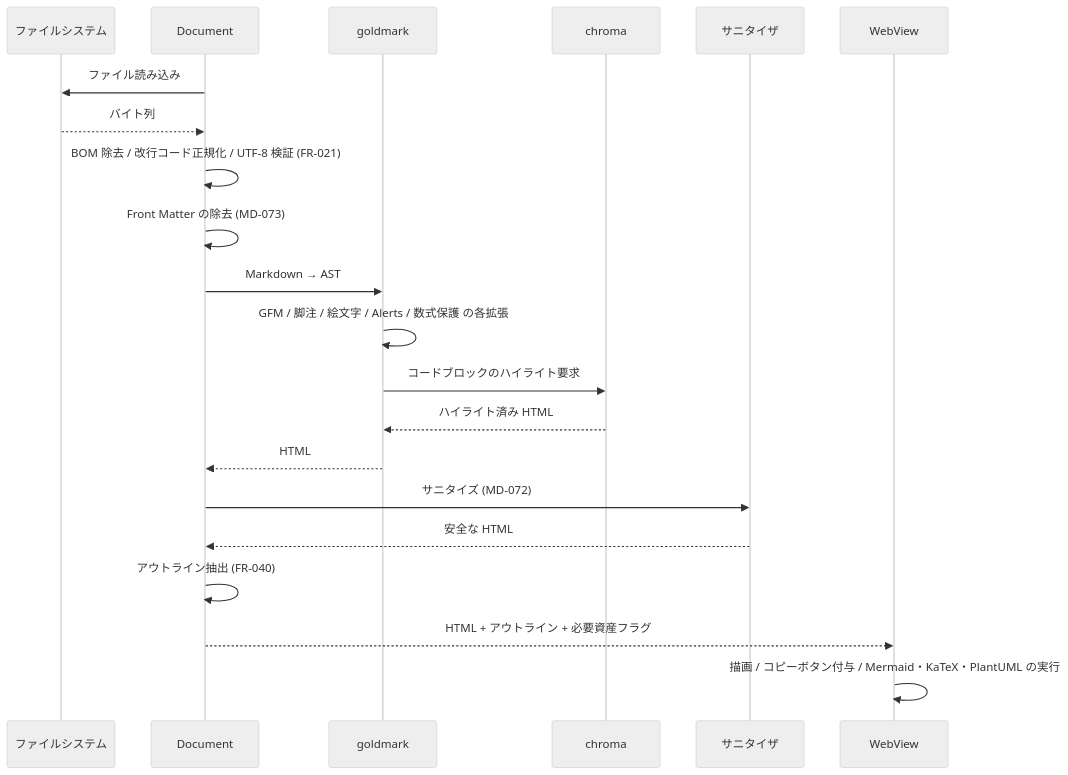
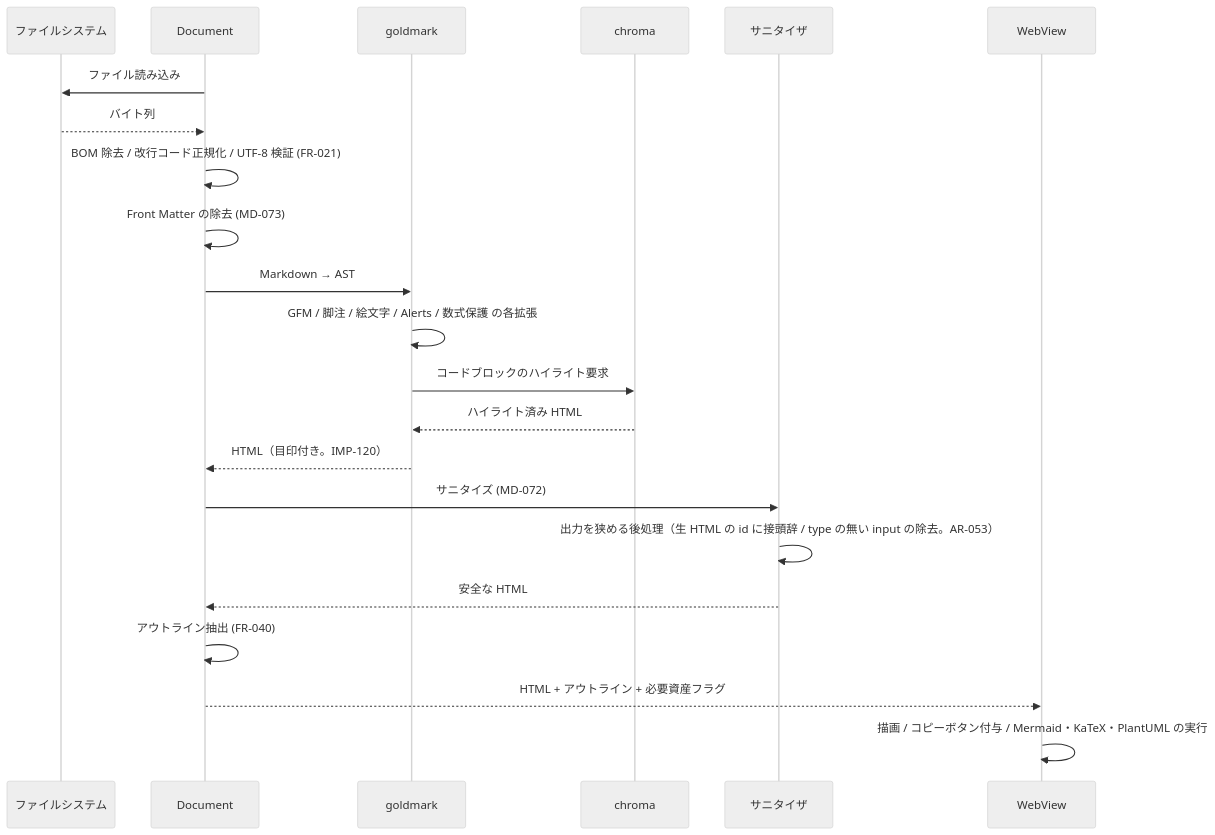
Before and after one commit to kznagamori/go_MarkView: the second of 3 diagrams in docs/specs/05-architecture.md, drawn with Mermaid (neutral theme). The commit also changed other lines of this file and 25 other files, not shown here.

````diff
--- a/docs/specs/05-architecture.md
+++ b/docs/specs/05-architecture.md
@@ -210,24 +220,25 @@
 ```mermaid
 sequenceDiagram
     participant FS as ファイルシステム
     participant DOC as Document
     participant GM as goldmark
     participant CH as chroma
     participant SAN as サニタイザ
     participant FE as WebView
 
     DOC->>FS: ファイル読み込み
     FS-->>DOC: バイト列
     DOC->>DOC: BOM 除去 / 改行コード正規化 / UTF-8 検証 (FR-021)
     DOC->>DOC: Front Matter の除去 (MD-073)
     DOC->>GM: Markdown → AST
     GM->>GM: GFM / 脚注 / 絵文字 / Alerts / 数式保護 の各拡張
     GM->>CH: コードブロックのハイライト要求
     CH-->>GM: ハイライト済み HTML
-    GM-->>DOC: HTML
+    GM-->>DOC: HTML（目印付き。IMP-120）
     DOC->>SAN: サニタイズ (MD-072)
+    SAN->>SAN: 出力を狭める後処理（生 HTML の id に接頭辞 / type の無い input の除去。AR-053）
     SAN-->>DOC: 安全な HTML
     DOC->>DOC: アウトライン抽出 (FR-040)
     DOC-->>FE: HTML + アウトライン + 必要資産フラグ
     FE->>FE: 描画 / コピーボタン付与 / Mermaid・KaTeX・PlantUML の実行
 ```
````
